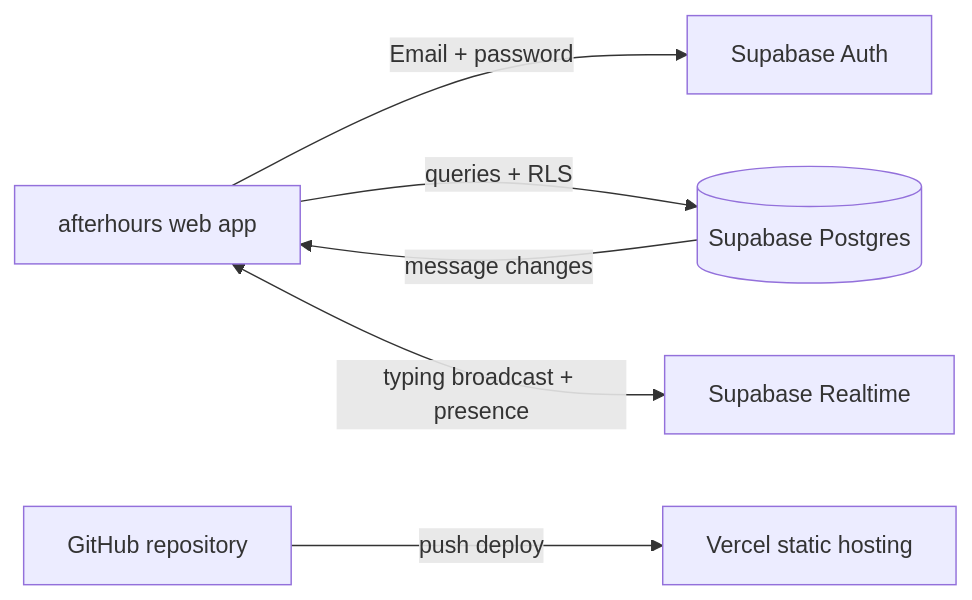
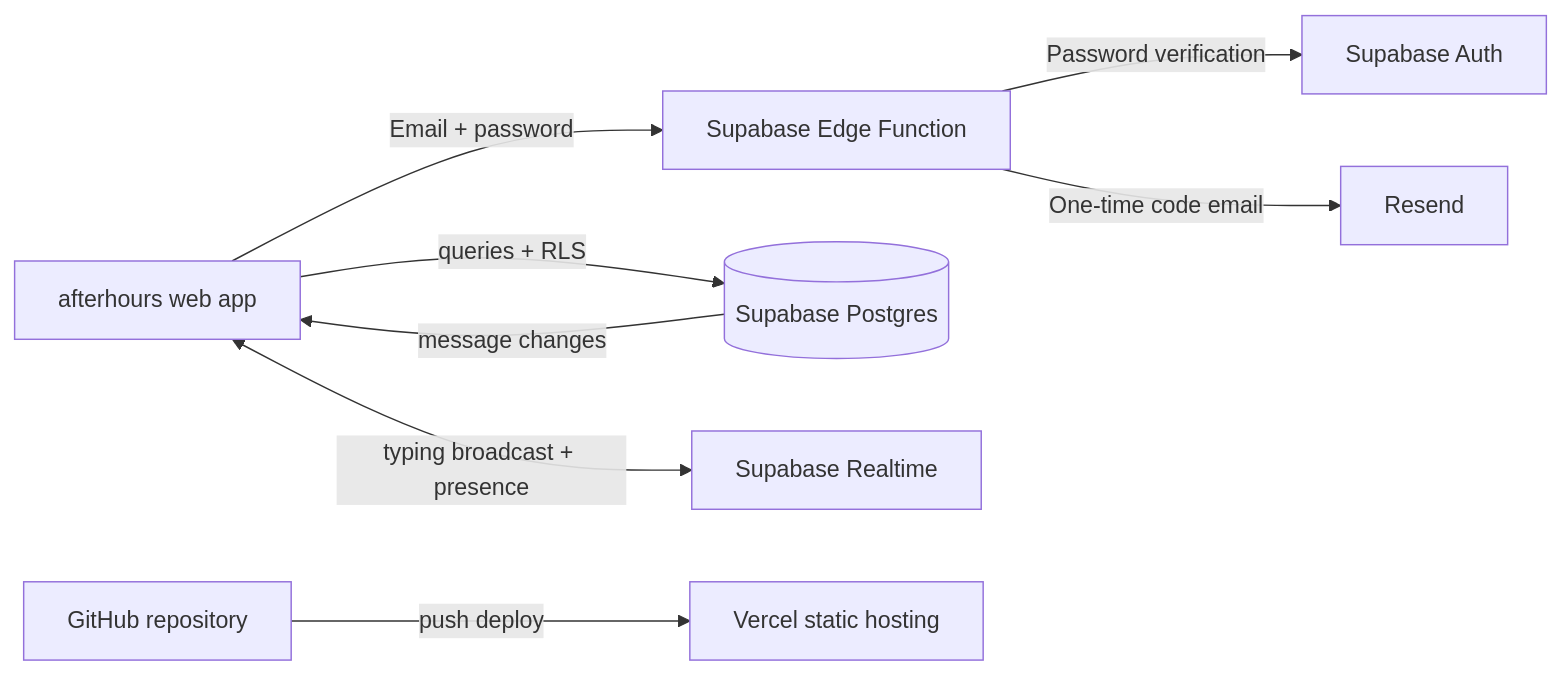
The diagram in README.md (Velikan743/afterhours), drawn with Mermaid before and after one commit. The commit also changed other lines of this file and 9 other files, not shown here.

````diff
--- a/README.md
+++ b/README.md
@@ -7,8 +7,10 @@
 ```mermaid
 flowchart LR
-  Browser[afterhours web app] -->|Email + password| Auth[Supabase Auth]
+  Browser[afterhours web app] -->|Email + password| Function[Supabase Edge Function]
+  Function -->|Password verification| Auth[Supabase Auth]
+  Function -->|One-time code email| Resend[Resend]
   Browser -->|queries + RLS| DB[(Supabase Postgres)]
   DB -->|message changes| Browser
   Browser <-->|typing broadcast + presence| Realtime[Supabase Realtime]
   GitHub[GitHub repository] -->|push deploy| Vercel[Vercel static hosting]
 ```
````
